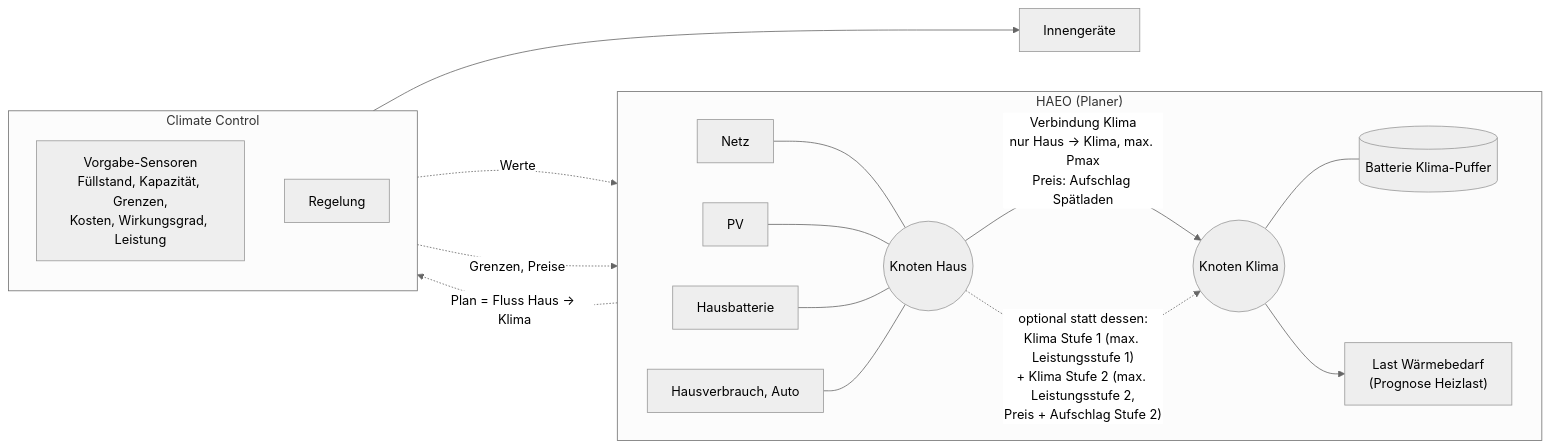
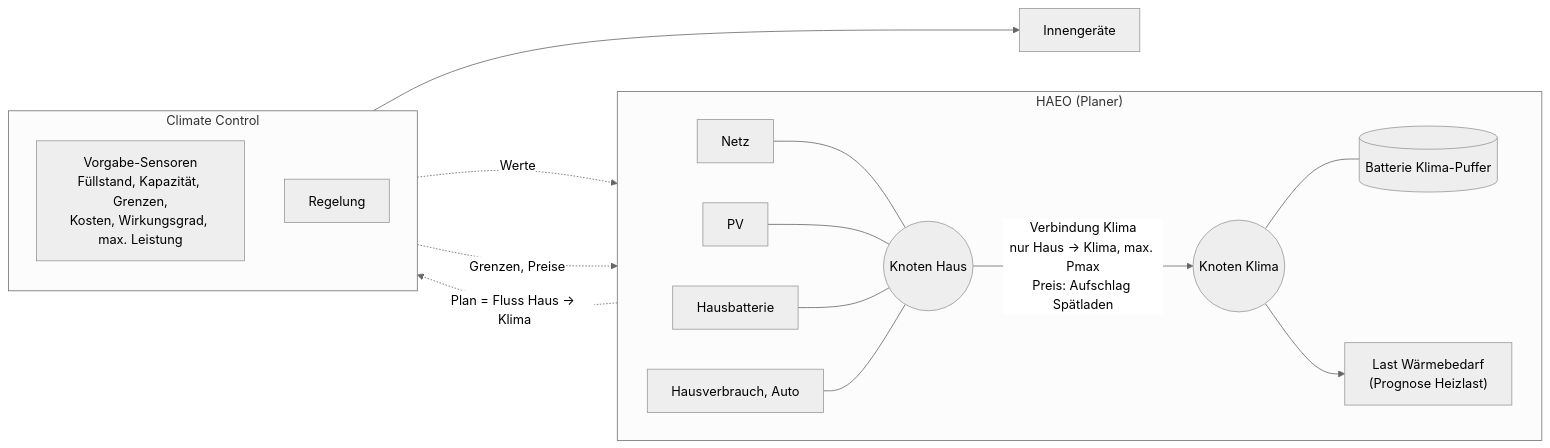
Before and after one commit to principat/ha-indirect-climate-control: the second of 2 diagrams in README.md, drawn with Mermaid (neutral theme). The commit also changed other lines of this file and 23 other files, not shown here.

````diff
--- a/README.md
+++ b/README.md
@@ -235,23 +229,22 @@
 ```mermaid
 flowchart LR
     subgraph haeo["HAEO (Planer)"]
         direction LR
         netz["Netz"] --- haus(("Knoten Haus"))
         pv["PV"] --- haus
         akku["Hausbatterie"] --- haus
         verbrauch["Hausverbrauch, Auto"] --- haus
         haus -- "Verbindung Klima<br/>nur Haus → Klima, max. Pmax<br/>Preis: Aufschlag Spätladen" --> klima(("Knoten Klima"))
-        haus -. "optional statt dessen:<br/>Klima Stufe 1 (max. Leistungsstufe 1)<br/>+ Klima Stufe 2 (max. Leistungsstufe 2,<br/>Preis + Aufschlag Stufe 2)" .-> klima
         klima --- puffer[("Batterie Klima-Puffer")]
         klima --> waerme["Last Wärmebedarf<br/>(Prognose Heizlast)"]
     end
     subgraph cc["Climate Control"]
         direction TB
-        vorgaben["Vorgabe-Sensoren<br/>Füllstand, Kapazität, Grenzen,<br/>Kosten, Wirkungsgrad, Leistung"]
+        vorgaben["Vorgabe-Sensoren<br/>Füllstand, Kapazität, Grenzen,<br/>Kosten, Wirkungsgrad, max. Leistung"]
         regelung["Regelung"]
     end
     vorgaben -. "Werte" .-> puffer
     vorgaben -. "Grenzen, Preise" .-> klima
     klima -. "Plan = Fluss Haus → Klima" .-> regelung
     regelung --> geraete["Innengeräte"]
 ```
````
